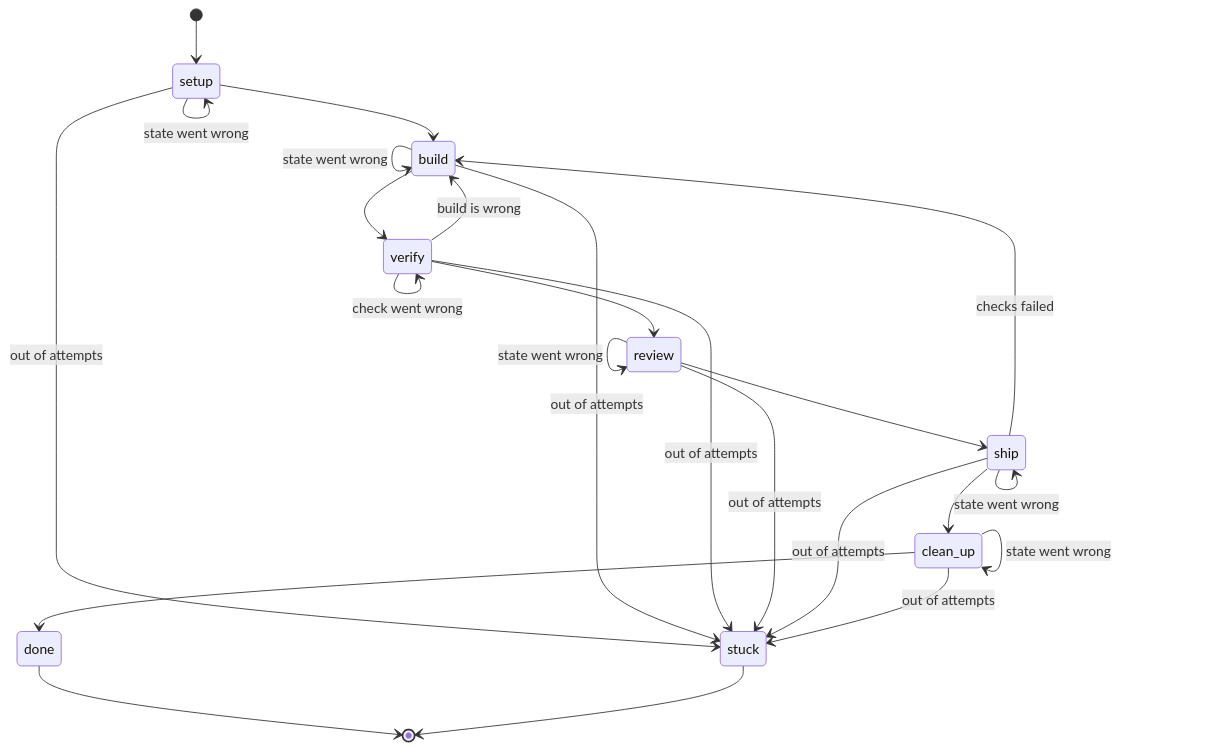
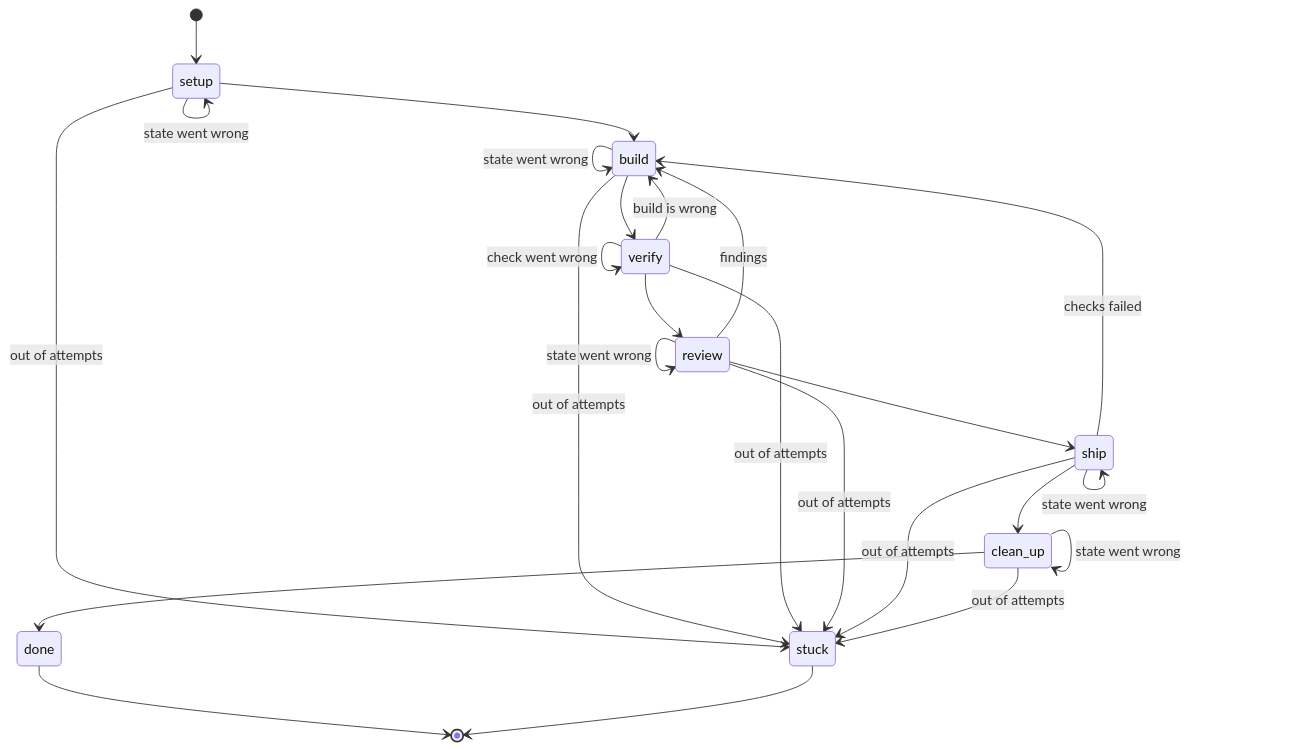
Before and after one commit to noahdgrant/nightshift: the diagram in new/docs/STATES.md, drawn with Mermaid. The commit also changed 9 other files, not shown here.

Commit message:
refactor(repo): review reads the diff and sends findings back to build in new/

````diff
--- a/new/docs/STATES.md
+++ b/new/docs/STATES.md
@@ -5,28 +5,29 @@
 ```mermaid
 stateDiagram
     [*] --> setup
     setup --> build
     build --> verify
     verify --> review
     review --> ship
     ship --> clean_up
     clean_up --> done
     done --> [*]
 
     verify --> build : build is wrong
+    review --> build : findings
     ship --> build : checks failed
     setup --> setup : state went wrong
     build --> build : state went wrong
     verify --> verify : check went wrong
     review --> review : state went wrong
     ship --> ship : state went wrong
     clean_up --> clean_up : state went wrong
 
     setup --> stuck : out of attempts
     build --> stuck : out of attempts
     verify --> stuck : out of attempts
     review --> stuck : out of attempts
     ship --> stuck : out of attempts
     clean_up --> stuck : out of attempts
     stuck --> [*]
 ```
````
